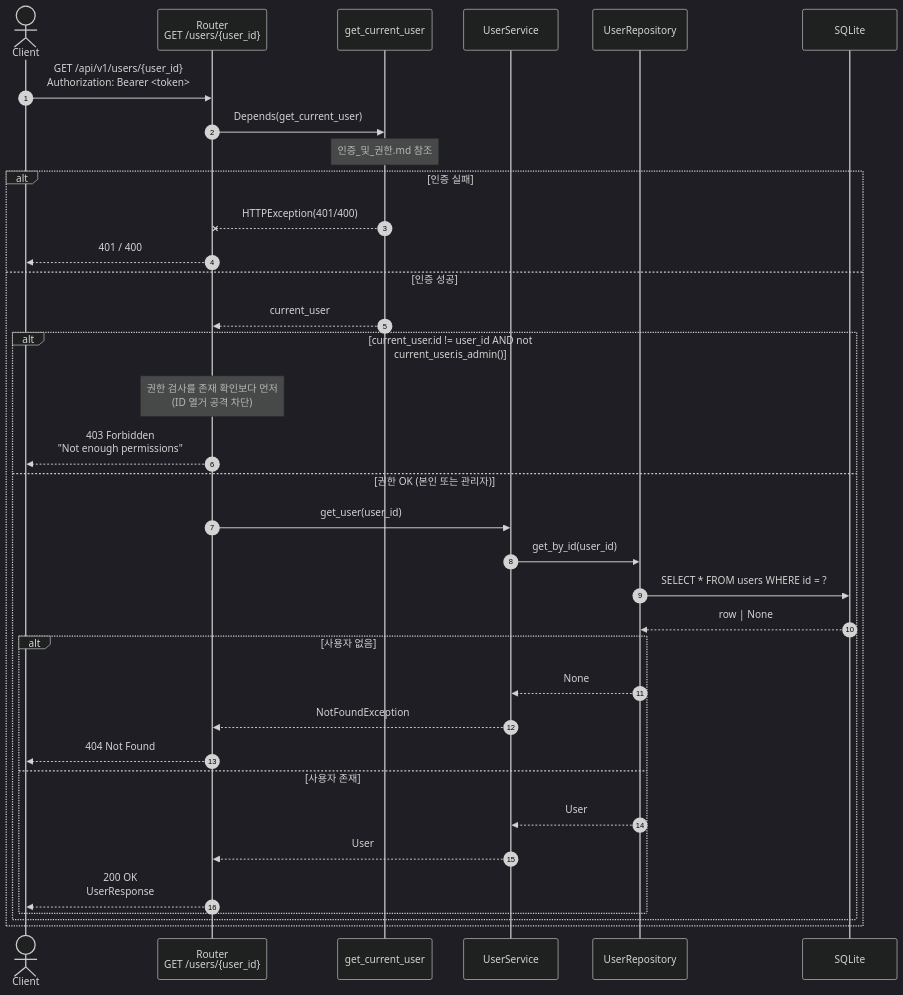
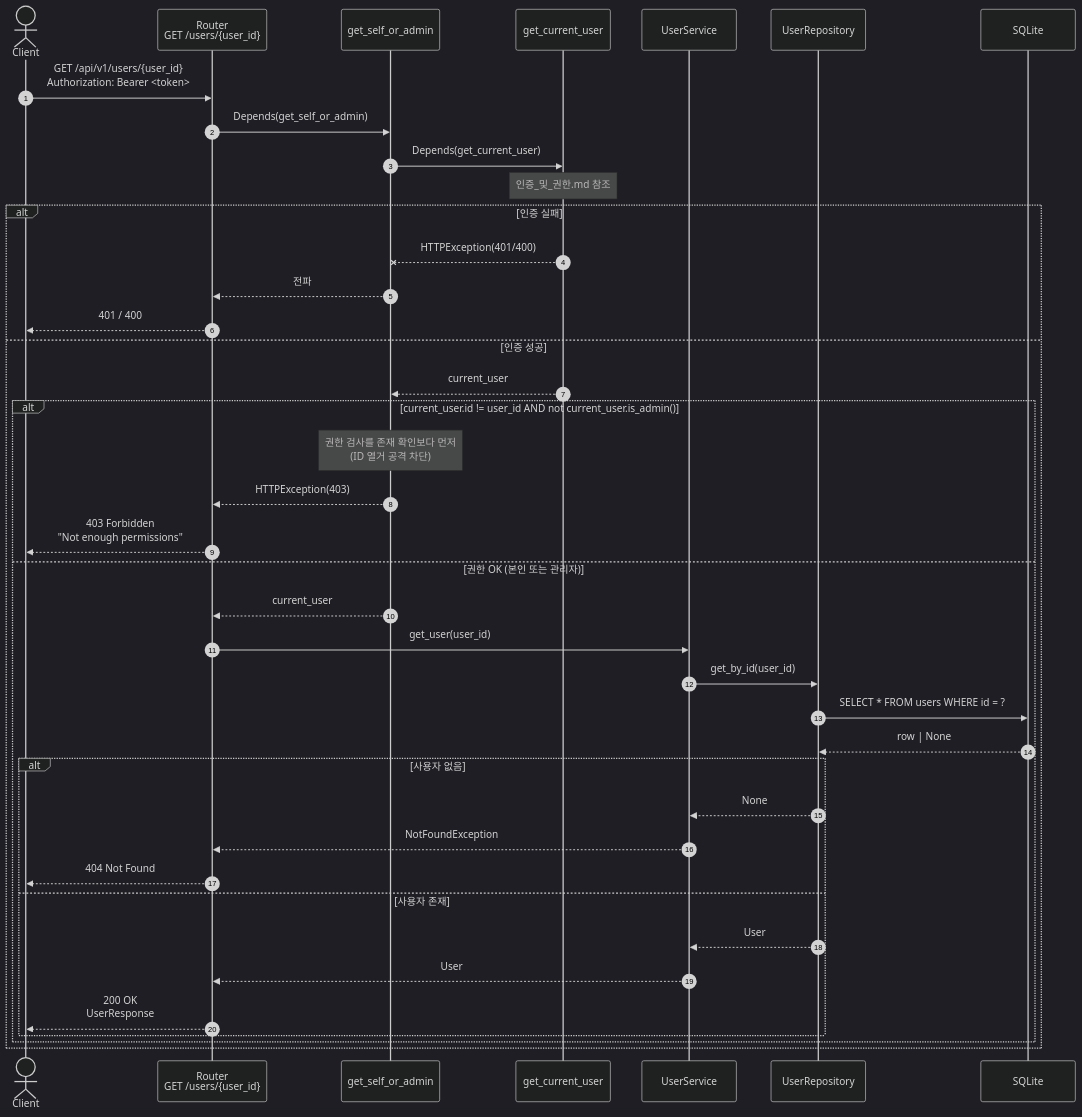
The third of 3 diagrams in docs/diagram/사용자_프로필.md (hjp7461/fastapi-sample), drawn with Mermaid (dark theme) before and after one commit. The commit also changed other lines of this file and 5 other files, not shown here.

First line of the commit message:
refactor(user): GET /users/{id} 권한 분기를 의존성으로 추출

````diff
--- a/docs/diagram/사용자_프로필.md
+++ b/docs/diagram/사용자_프로필.md
@@ -112,39 +112,44 @@
 ```mermaid
 sequenceDiagram
     autonumber
     actor Client
     participant Router as Router<br/>GET /users/{user_id}
-    participant Dep as get_current_user
+    participant SelfAdmin as get_self_or_admin
+    participant CurUser as get_current_user
     participant Service as UserService
     participant Repo as UserRepository
     participant DB as SQLite
 
     Client->>Router: GET /api/v1/users/{user_id}<br/>Authorization: Bearer <token>
-    Router->>Dep: Depends(get_current_user)
-    Note over Dep: 인증_및_권한.md 참조
+    Router->>SelfAdmin: Depends(get_self_or_admin)
+    SelfAdmin->>CurUser: Depends(get_current_user)
+    Note over CurUser: 인증_및_권한.md 참조
 
     alt 인증 실패
-        Dep--xRouter: HTTPException(401/400)
+        CurUser--xSelfAdmin: HTTPException(401/400)
+        SelfAdmin-->>Router: 전파
         Router-->>Client: 401 / 400
     else 인증 성공
-        Dep-->>Router: current_user
+        CurUser-->>SelfAdmin: current_user
         alt current_user.id != user_id AND not current_user.is_admin()
-            Note over Router: 권한 검사를 존재 확인보다 먼저<br/>(ID 열거 공격 차단)
+            Note over SelfAdmin: 권한 검사를 존재 확인보다 먼저<br/>(ID 열거 공격 차단)
+            SelfAdmin-->>Router: HTTPException(403)
             Router-->>Client: 403 Forbidden<br/>"Not enough permissions"
         else 권한 OK (본인 또는 관리자)
+            SelfAdmin-->>Router: current_user
             Router->>Service: get_user(user_id)
             Service->>Repo: get_by_id(user_id)
             Repo->>DB: SELECT * FROM users WHERE id = ?
             DB-->>Repo: row | None
             alt 사용자 없음
                 Repo-->>Service: None
                 Service-->>Router: NotFoundException
                 Router-->>Client: 404 Not Found
             else 사용자 존재
                 Repo-->>Service: User
                 Service-->>Router: User
                 Router-->>Client: 200 OK<br/>UserResponse
             end
         end
     end
 ```
````
